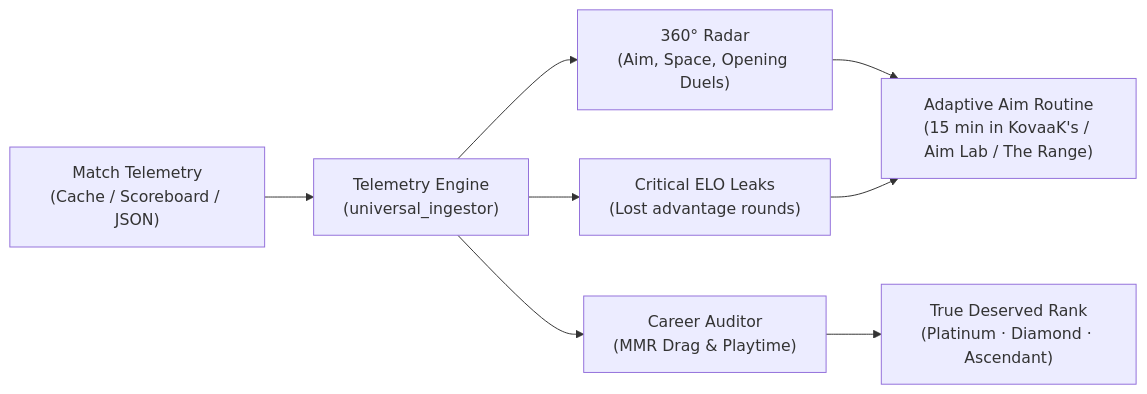
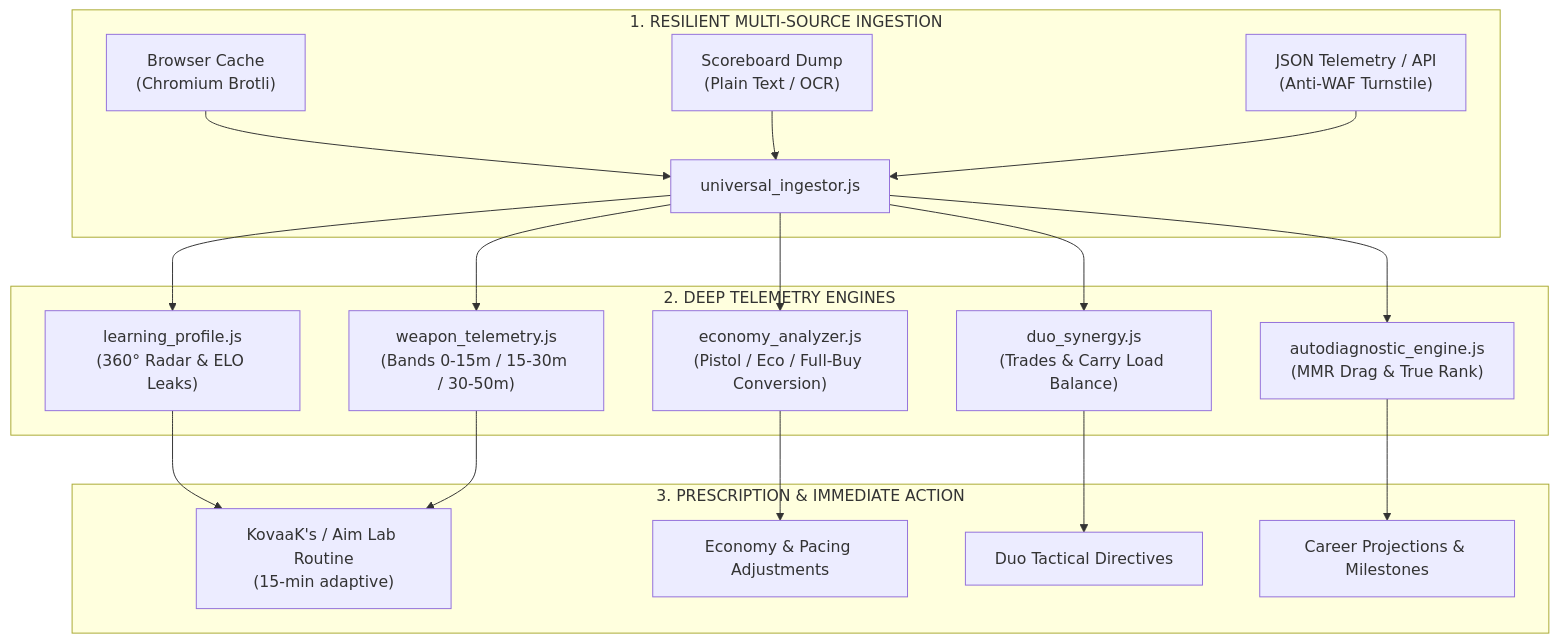
One commit to Acourd/valorant-analytics changed the diagram in README.en.md. Above: the diagram before and after it, drawn with Mermaid. The commit also changed other lines of this file and 12 other files, not shown here.

````diff
--- a/README.en.md
+++ b/README.en.md
@@ -35,10 +44,33 @@
 ```mermaid
-flowchart LR
-    A["Match Telemetry\n(Cache / Scoreboard / JSON)"] --> B["Telemetry Engine\n(universal_ingestor)"]
-    B --> C1["360° Radar\n(Aim, Space, Opening Duels)"]
-    B --> C2["Critical ELO Leaks\n(Lost advantage rounds)"]
-    B --> C3["Career Auditor\n(MMR Drag & Playtime)"]
-    C1 --> D["Adaptive Aim Routine\n(15 min in KovaaK's / Aim Lab / The Range)"]
-    C2 --> D
-    C3 --> E["True Deserved Rank\n(Platinum · Diamond · Ascendant)"]
+flowchart TD
+    subgraph INGESTION["1. RESILIENT MULTI-SOURCE INGESTION"]
+        A1["Browser Cache
+(Chromium Brotli)"] --> B["universal_ingestor.js"]
+        A2["Scoreboard Dump
+(Plain Text / OCR)"] --> B
+        A3["JSON Telemetry / API
+(Anti-WAF Turnstile)"] --> B
+    end
+
+    subgraph ENGINE["2. DEEP TELEMETRY ENGINES"]
+        B --> C1["learning_profile.js
+(360° Radar & ELO Leaks)"]
+        B --> C2["weapon_telemetry.js
+(Bands 0-15m / 15-30m / 30-50m)"]
+        B --> C3["economy_analyzer.js
+(Pistol / Eco / Full-Buy Conversion)"]
+        B --> C4["duo_synergy.js
+(Trades & Carry Load Balance)"]
+        B --> C5["autodiagnostic_engine.js
+(MMR Drag & True Rank)"]
+    end
+
+    subgraph OUTPUT["3. PRESCRIPTION & IMMEDIATE ACTION"]
+        C1 --> D1["KovaaK's / Aim Lab Routine
+(15-min adaptive)"]
+        C2 --> D1
+        C3 --> D2["Economy & Pacing Adjustments"]
+        C4 --> D3["Duo Tactical Directives"]
+        C5 --> D4["Career Projections & Milestones"]
+    end
 ```
````
